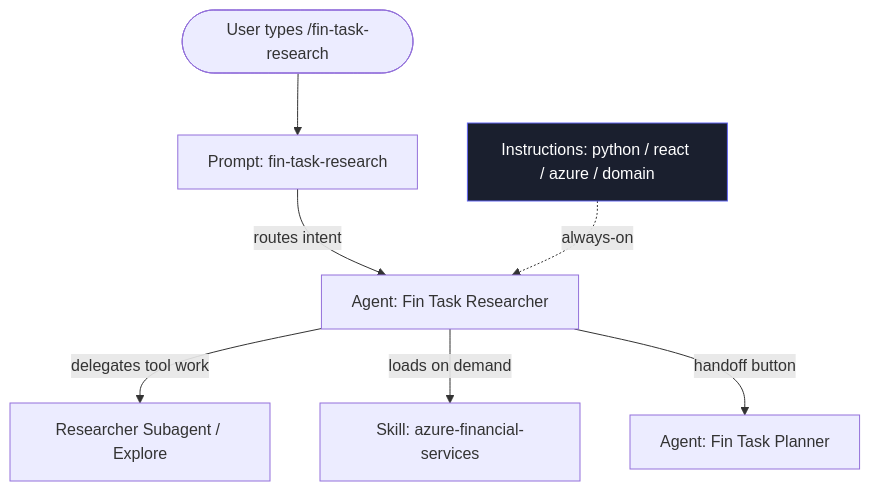
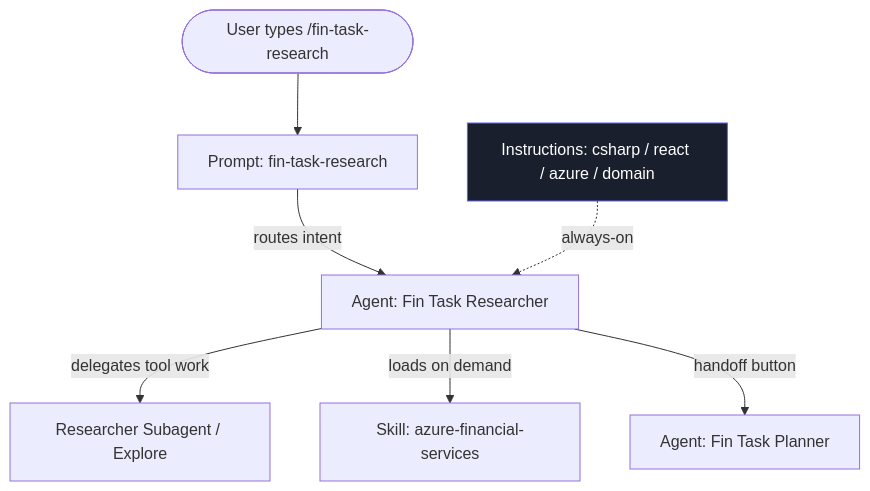
Before and after one commit to naveenragit/DataProvidersHackPOC: the first of 2 diagrams in internal/UNDERSTANDING-THE-KIT.md, drawn with Mermaid. The commit also changed other lines of this file and 289 other files, not shown here.

````diff
--- a/internal/UNDERSTANDING-THE-KIT.md
+++ b/internal/UNDERSTANDING-THE-KIT.md
@@ -164,10 +164,10 @@
 ```mermaid
 flowchart TD
     U([User types /fin-task-research]) --> P[Prompt: fin-task-research]
     P -->|routes intent| A[Agent: Fin Task Researcher]
     A -->|delegates tool work| S1[Researcher Subagent / Explore]
     A -->|loads on demand| K[Skill: azure-financial-services]
-    I[Instructions: python / react / azure / domain]:::inst -.always-on.-> A
+    I[Instructions: csharp / react / azure / domain]:::inst -.always-on.-> A
     A -->|handoff button| A2[Agent: Fin Task Planner]
     classDef inst fill:#1a1f2e,stroke:#6366f1,color:#fff;
 ```
````
